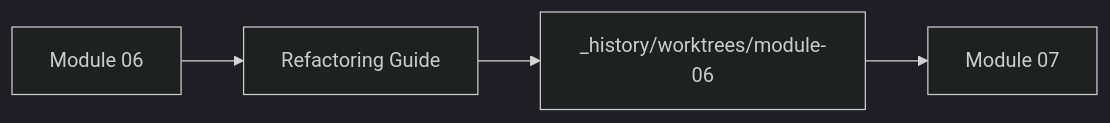
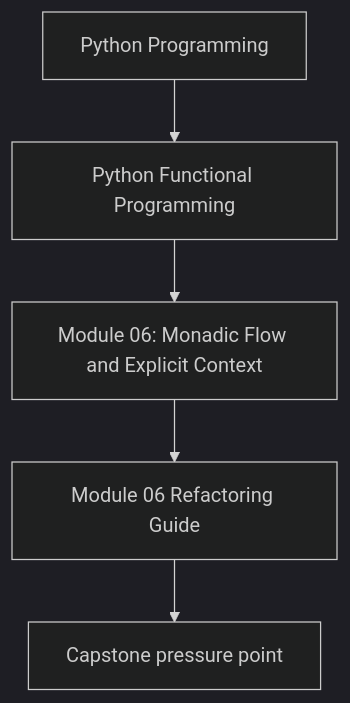
The first of 2 diagrams in programs/python-programming/python-functional-programming/course-book/module-06-monadic-flow-and-explicit-context/refactoring-guide.md (bijux/bijux-masterclass), drawn with Mermaid (dark theme) before and after one commit. The commit also changed other lines of this file and 118 other files, not shown here.

Commit message:
docs(python-functional-programming): align concept page diagrams

````diff
--- a/programs/python-programming/python-functional-programming/course-book/module-06-monadic-flow-and-explicit-context/refactoring-guide.md
+++ b/programs/python-programming/python-functional-programming/course-book/module-06-monadic-flow-and-explicit-context/refactoring-guide.md
@@ -7,6 +7,7 @@
 ```mermaid
-graph LR
-  module["Module 06"] --> guide["Refactoring Guide"]
-  guide --> worktree["_history/worktrees/module-06"]
-  worktree --> next["Module 07"]
+flowchart TD
+  family["Python Programming"] --> program["Python Functional Programming"]
+  program --> module["Module 06: Monadic Flow and Explicit Context"]
+  module --> concept["Module 06 Refactoring Guide"]
+  concept --> capstone["Capstone pressure point"]
 ```
````
